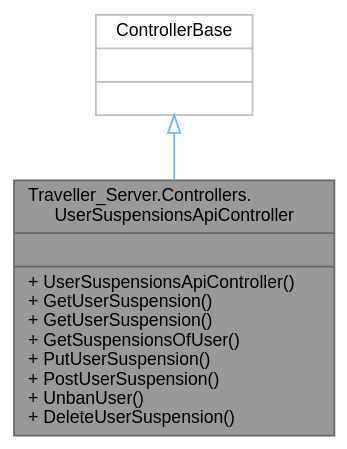
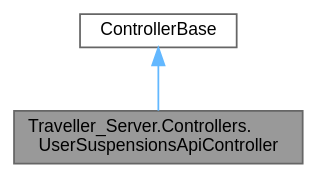
One commit to VenelinArgirov/manual-tecnico.github.io changed the diagram in Servidor/class_traveller___server_1_1_controllers_1_1_user_suspensions_api_controller__coll__graph.dot. Above: the diagram before and after it, drawn with Graphviz. The commit also changed 819 other files, not shown here.

```diff
--- a/Servidor/class_traveller___server_1_1_controllers_1_1_user_suspensions_api_controller__coll__graph.dot
+++ b/Servidor/class_traveller___server_1_1_controllers_1_1_user_suspensions_api_controller__coll__graph.dot
@@ -1,10 +1,10 @@
 digraph "Traveller_Server.Controllers.UserSuspensionsApiController"
 {
  // LATEX_PDF_SIZE
   bgcolor="transparent";
   edge [fontname=Helvetica,fontsize=10,labelfontname=Helvetica,labelfontsize=10];
   node [fontname=Helvetica,fontsize=10,shape=box,height=0.2,width=0.4];
-  Node1 [shape=record,label="{Traveller_Server.Controllers.\lUserSuspensionsApiController\n||+ UserSuspensionsApiController()\l+ GetUserSuspension()\l+ GetUserSuspension()\l+ GetSuspensionsOfUser()\l+ PutUserSuspension()\l+ PostUserSuspension()\l+ UnbanUser()\l+ DeleteUserSuspension()\l}",height=0.2,width=0.4,color="gray40", fillcolor="grey60", style="filled", fontcolor="black",tooltip=" "];
-  Node2 -> Node1 [dir="back",color="steelblue1",style="solid",arrowtail="onormal"];
-  Node2 [shape=record,label="{ControllerBase\n||}",height=0.2,width=0.4,color="grey75", fillcolor="white", style="filled",tooltip=" "];
+  Node1 [label="Traveller_Server.Controllers.\lUserSuspensionsApiController",height=0.2,width=0.4,color="gray40", fillcolor="grey60", style="filled", fontcolor="black",tooltip=" "];
+  Node2 -> Node1 [dir="back",color="steelblue1",style="solid"];
+  Node2 [label="ControllerBase",height=0.2,width=0.4,color="gray40", fillcolor="white", style="filled",tooltip=" "];
 }
```
